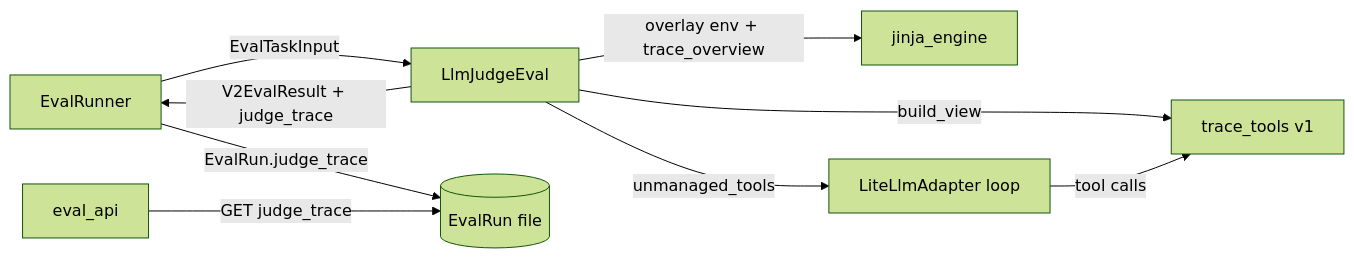
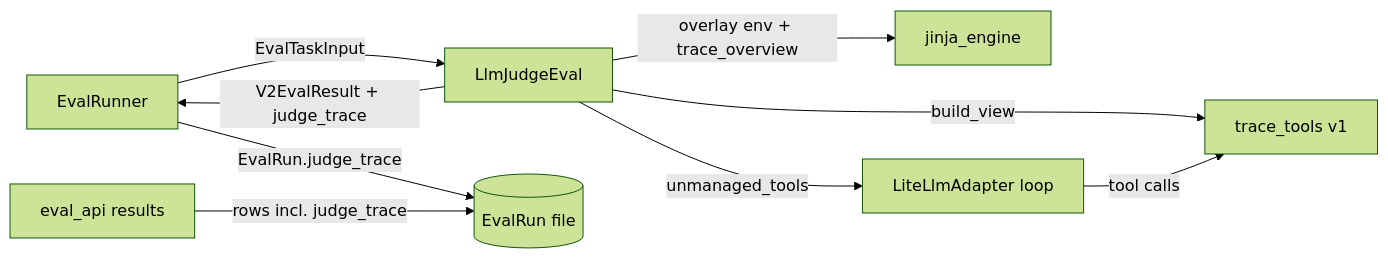
Before and after one commit to Kiln-AI/Kiln: the diagram in specs/projects/agentic_eval/architecture.md, drawn with Mermaid (forest theme). The commit also changed other lines of this file and 1 other file, not shown here.

First line of the commit message:
docs: return judge traces inline with eval results

````diff
--- a/specs/projects/agentic_eval/architecture.md
+++ b/specs/projects/agentic_eval/architecture.md
@@ -71,11 +71,11 @@
 ```mermaid
 flowchart LR
   Runner[EvalRunner] -->|EvalTaskInput| Judge[LlmJudgeEval]
   Judge -->|build_view| Toolset[trace_tools v1]
   Judge -->|overlay env + trace_overview| Jinja[jinja_engine]
   Judge -->|unmanaged_tools| Adapter[LiteLlmAdapter loop]
   Adapter -->|tool calls| Toolset
   Judge -->|V2EvalResult + judge_trace| Runner
   Runner -->|EvalRun.judge_trace| Disk[(EvalRun file)]
-  API[eval_api] -->|GET judge_trace| Disk
+  API[eval_api results] -->|rows incl. judge_trace| Disk
 ```
````
